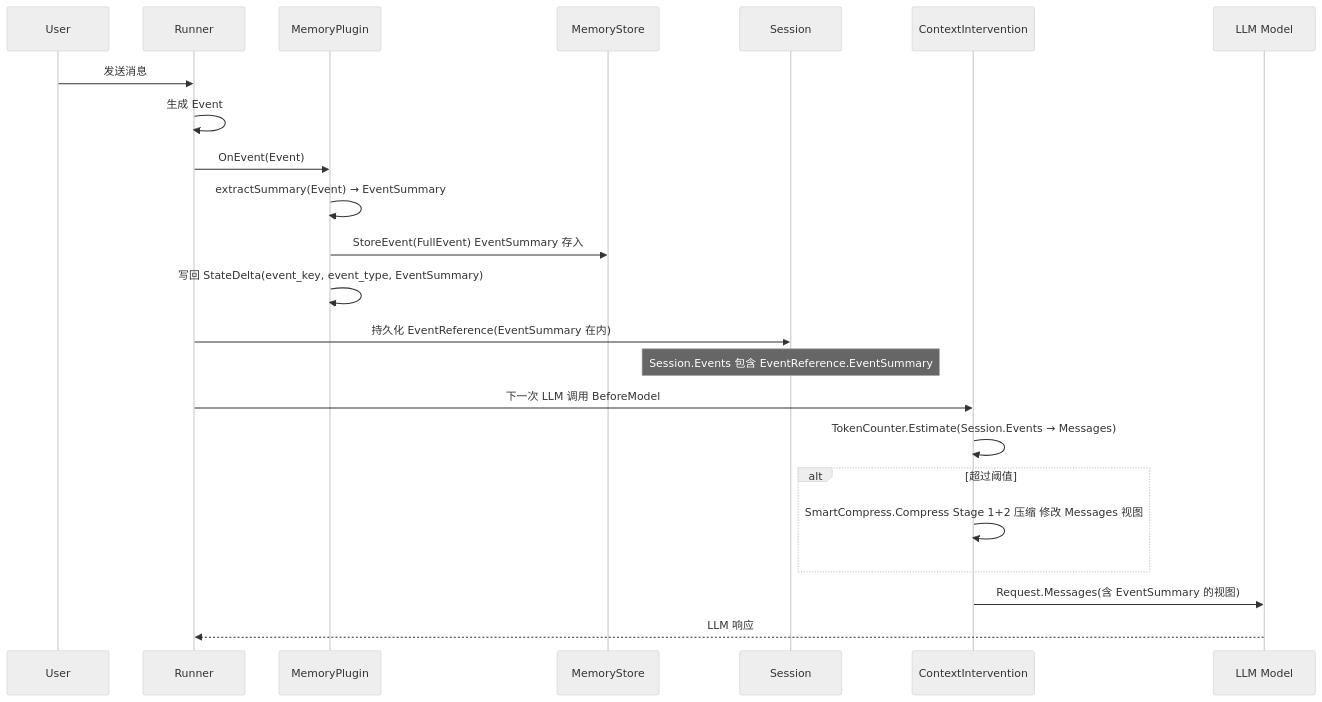
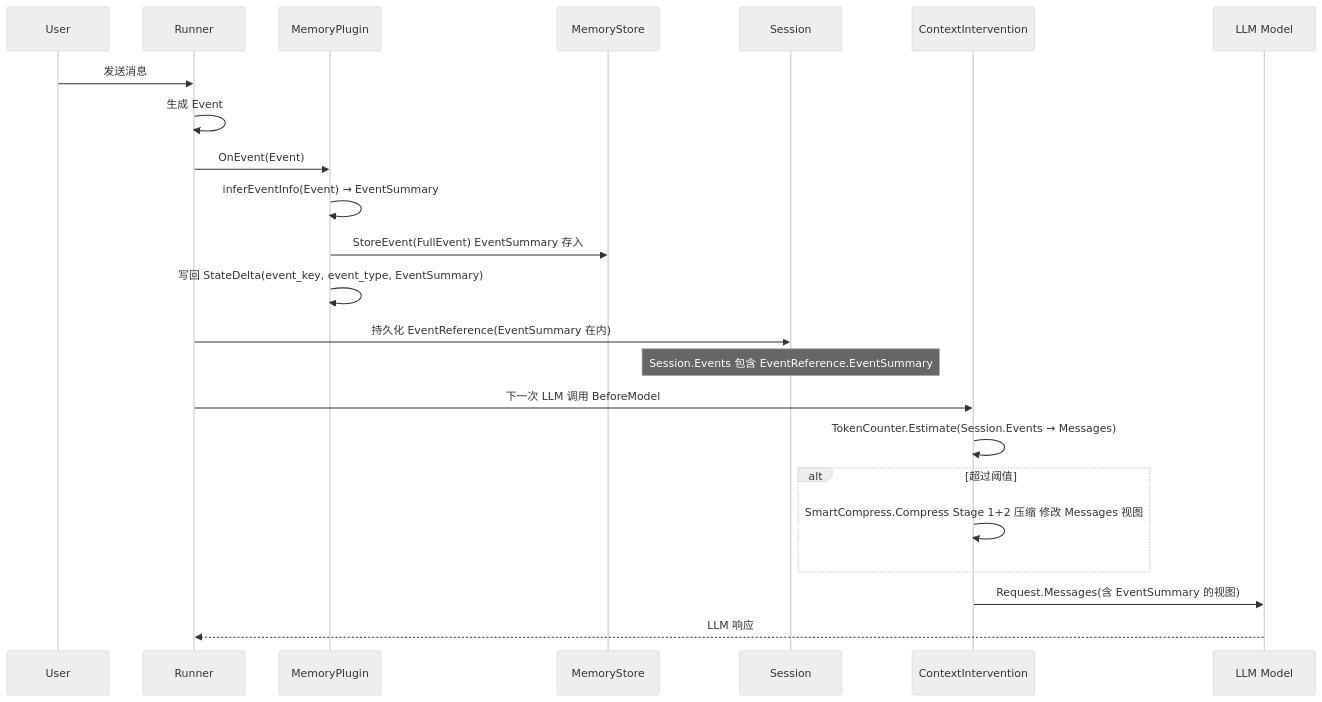
One commit to SpellingDragon/tagent changed the third of 5 diagrams in docs/wiki/plugin/plugin-architecture.md. Above: the diagram before and after it, drawn with Mermaid (neutral theme). The commit also changed other lines of this file and 53 other files, not shown here.

````diff
--- a/docs/wiki/plugin/plugin-architecture.md
+++ b/docs/wiki/plugin/plugin-architecture.md
@@ -749,27 +635,27 @@
 ```mermaid
 sequenceDiagram
     participant U as User
     participant R as Runner
     participant MP as MemoryPlugin
     participant MSS as MemoryStore
     participant SS as Session
     participant CI as ContextIntervention
     participant LLM as LLM Model
 
     U->>R: 发送消息
     R->>R: 生成 Event
     R->>MP: OnEvent(Event)
-    MP->>MP: extractSummary(Event) → EventSummary
+    MP->>MP: inferEventInfo(Event) → EventSummary
     MP->>MSS: StoreEvent(FullEvent) EventSummary 存入
     MP->>MP: 写回 StateDelta(event_key, event_type, EventSummary)
     R->>SS: 持久化 EventReference(EventSummary 在内)
     Note over SS: Session.Events 包含 EventReference.EventSummary
 
     R->>CI: 下一次 LLM 调用 BeforeModel
     CI->>CI: TokenCounter.Estimate(Session.Events → Messages)
     alt 超过阈值
         CI->>CI: SmartCompress.Compress Stage 1+2 压缩 修改 Messages 视图
     end
     CI->>LLM: Request.Messages(含 EventSummary 的视图)
     LLM-->>R: LLM 响应
 ```
````
